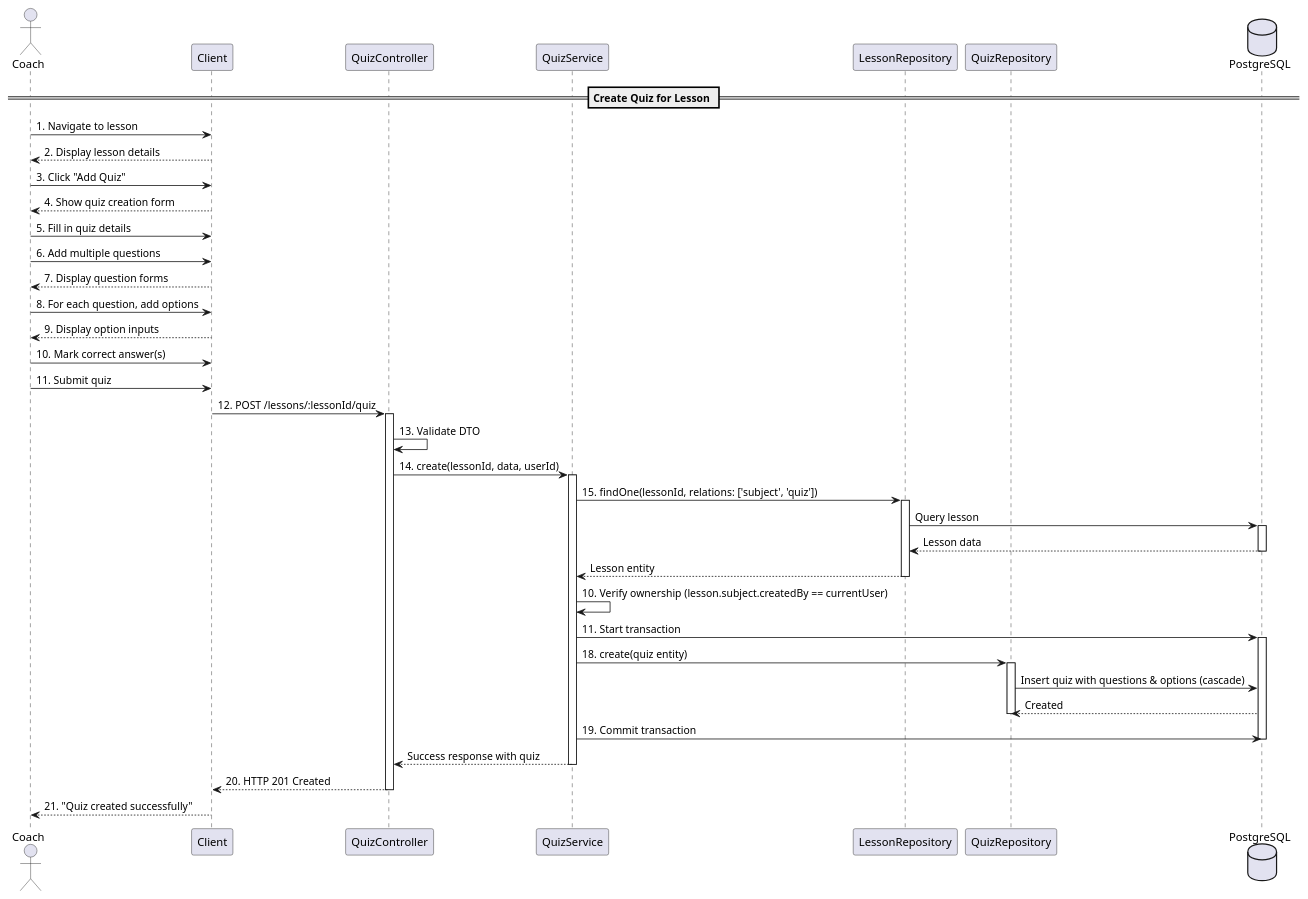
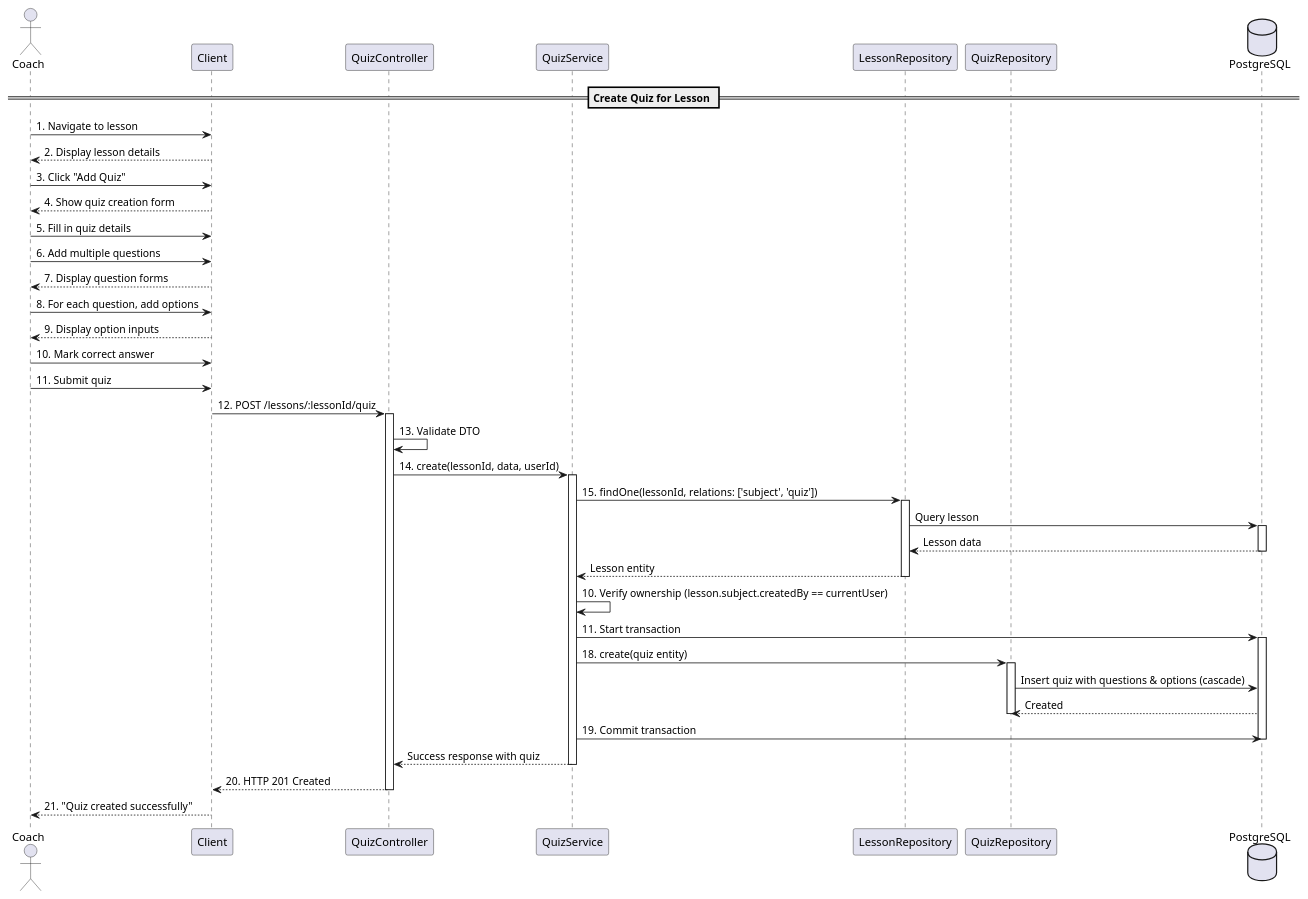
Before and after one commit to gs4lthung/capstone-project-be: the diagram in diagrams/details/manage-lesson-quiz/sequence-create.puml, drawn with PlantUML. The commit also changed 34 other files, not shown here.

First line of the commit message:
Add diagrams for AI subject generation, login module, and manage course features

```diff
--- a/diagrams/details/manage-lesson-quiz/sequence-create.puml
+++ b/diagrams/details/manage-lesson-quiz/sequence-create.puml
@@ -1,69 +1,69 @@
 @startuml ManageLessonQuizCreateSequence
 
 actor "Coach" as coach
 participant "Client" as client
 participant "QuizController" as controller
 participant "QuizService" as service
 participant "LessonRepository" as lessonRepo
 participant "QuizRepository" as quizRepo
 database "PostgreSQL" as db
 
 == Create Quiz for Lesson ==
 
 coach -> client: 1. Navigate to lesson
 client --> coach: 2. Display lesson details
 
 coach -> client: 3. Click "Add Quiz"
 client --> coach: 4. Show quiz creation form
 
 coach -> client: 5. Fill in quiz details
 
 coach -> client: 6. Add multiple questions
 client --> coach: 7. Display question forms
 
 coach -> client: 8. For each question, add options
 client --> coach: 9. Display option inputs
 
-coach -> client: 10. Mark correct answer(s)
+coach -> client: 10. Mark correct answer
 
 coach -> client: 11. Submit quiz
 client -> controller: 12. POST /lessons/:lessonId/quiz
 activate controller
 
 controller -> controller: 13. Validate DTO
 
 controller -> service: 14. create(lessonId, data, userId)
 activate service
 
 service -> lessonRepo: 15. findOne(lessonId, relations: ['subject', 'quiz'])
 activate lessonRepo
 lessonRepo -> db: Query lesson
 activate db
 db --> lessonRepo: Lesson data
 deactivate db
 lessonRepo --> service: Lesson entity
 deactivate lessonRepo
 
 service -> service: 10. Verify ownership (lesson.subject.createdBy == currentUser)
 
 service -> db: 11. Start transaction
 activate db
 
 service -> quizRepo: 18. create(quiz entity)
 activate quizRepo
 quizRepo -> db: Insert quiz with questions & options (cascade)
 db --> quizRepo: Created
 deactivate quizRepo
 
 service -> db: 19. Commit transaction
 deactivate db
 
 service --> controller: Success response with quiz
 deactivate service
 
 controller --> client: 20. HTTP 201 Created
 deactivate controller
 
 client --> coach: 21. "Quiz created successfully"
 
 @enduml
```
